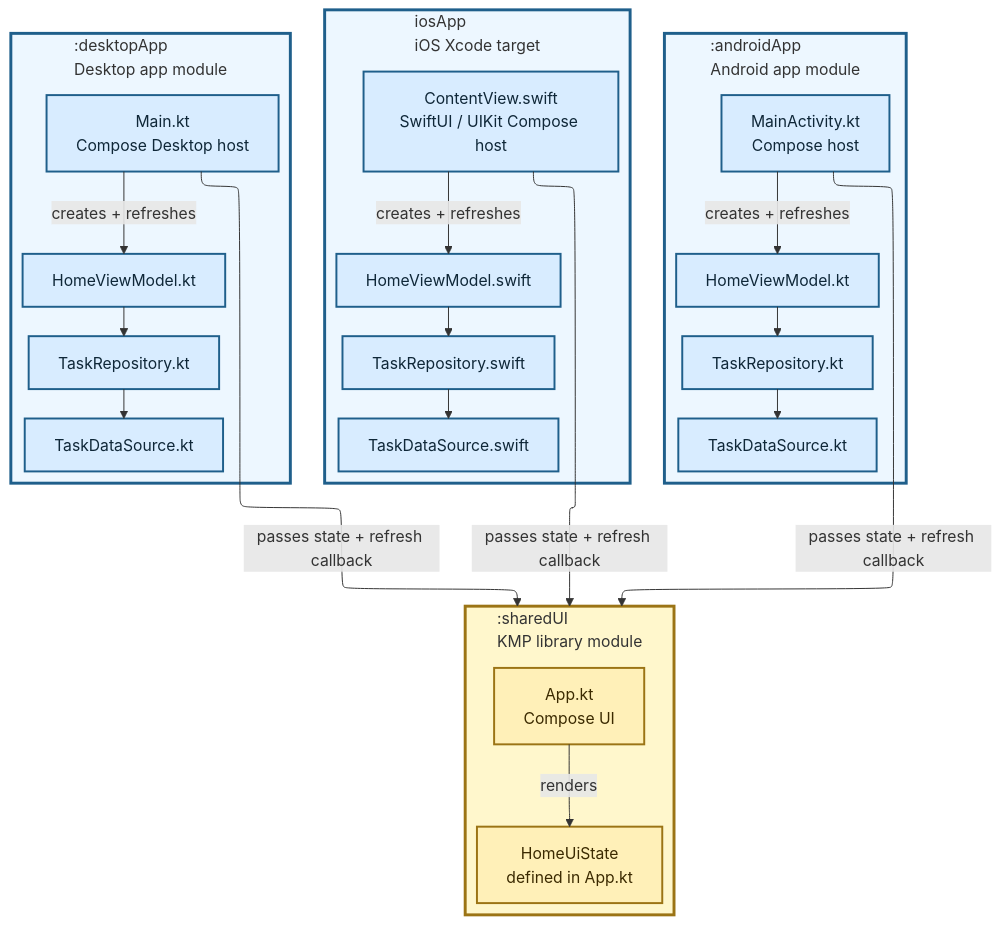
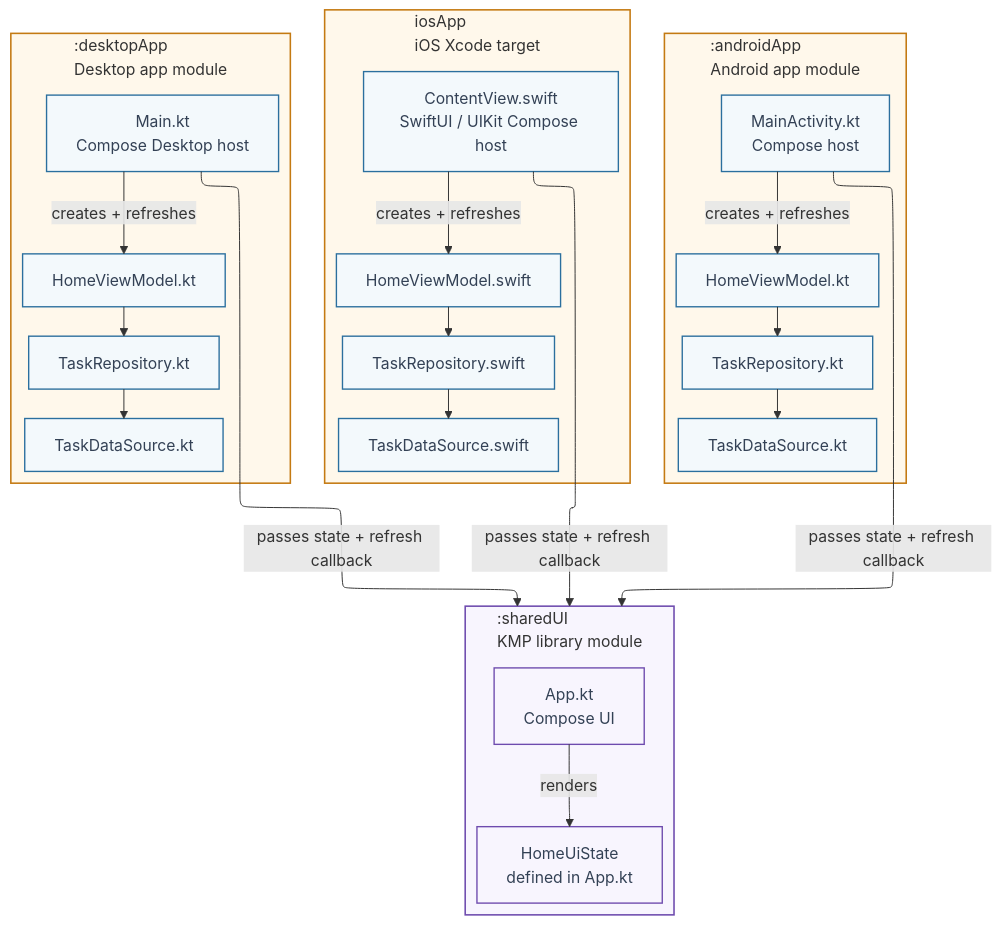
The diagram in diagrams/07-kmp-ui-layer.md (TheSetox/kmp-sample-diagrams), drawn with Mermaid before and after one commit. The commit also changed 42 other files, not shown here.

Commit message:
Redesign Mermaid architecture diagrams

````diff
--- a/diagrams/07-kmp-ui-layer.md
+++ b/diagrams/07-kmp-ui-layer.md
@@ -5,55 +5,55 @@
 ```mermaid
 ---
 config:
   layout: elk
   elk:
     nodePlacementStrategy: LINEAR_SEGMENTS
 ---
 flowchart TB
   subgraph Android[":androidApp\nAndroid app module"]
     AHost["MainActivity.kt\nCompose host"]
     AVM["HomeViewModel.kt"]
     ARepository["TaskRepository.kt"]
     ADataSource["TaskDataSource.kt"]
     AHost -->|"creates + refreshes"| AVM
     AVM --> ARepository --> ADataSource
   end
 
   subgraph IOS["iosApp\niOS Xcode target"]
     IHost["ContentView.swift\nSwiftUI / UIKit Compose host"]
     IVM["HomeViewModel.swift"]
     IRepository["TaskRepository.swift"]
     IDataSource["TaskDataSource.swift"]
     IHost -->|"creates + refreshes"| IVM
     IVM --> IRepository --> IDataSource
   end
 
   subgraph Desktop[":desktopApp\nDesktop app module"]
     DHost["Main.kt\nCompose Desktop host"]
     DVM["HomeViewModel.kt"]
     DRepository["TaskRepository.kt"]
     DDataSource["TaskDataSource.kt"]
     DHost -->|"creates + refreshes"| DVM
     DVM --> DRepository --> DDataSource
   end
 
   subgraph KMP[":sharedUI\nKMP library module"]
     direction TB
     App["App.kt\nCompose UI"]
     State["HomeUiState\ndefined in App.kt"]
     App -->|"renders"| State
   end
 
   DHost -->|"passes state + refresh callback"| KMP
   IHost -->|"passes state + refresh callback"| KMP
   AHost -->|"passes state + refresh callback"| KMP
 
-  classDef app fill:#d8ecff,stroke:#1f5f8b,color:#0f2738,stroke-width:2px;
-  classDef kmp fill:#fff0b8,stroke:#9b7415,color:#3b2a00,stroke-width:2px;
+  classDef app fill:#f3f9fc,stroke:#2b6f9e,color:#334155,stroke-width:1.4px;
+  classDef kmp fill:#f8f5fe,stroke:#6e4bae,color:#334155,stroke-width:1.4px;
   class AHost,AVM,ARepository,ADataSource,IHost,IVM,IRepository,IDataSource,DHost,DVM,DRepository,DDataSource app;
   class App,State kmp;
-  style Android fill:#edf7ff,stroke:#1f5f8b,stroke-width:3px
-  style IOS fill:#edf7ff,stroke:#1f5f8b,stroke-width:3px
-  style Desktop fill:#edf7ff,stroke:#1f5f8b,stroke-width:3px
-  style KMP fill:#fff7cc,stroke:#9b7415,stroke-width:3px
+  style Android fill:#fff8eb,stroke:#c47a12,stroke-width:1.6px
+  style IOS fill:#fff8eb,stroke:#c47a12,stroke-width:1.6px
+  style Desktop fill:#fff8eb,stroke:#c47a12,stroke-width:1.6px
+  style KMP fill:#f8f5fe,stroke:#6e4bae,stroke-width:1.6px
 ```
````
